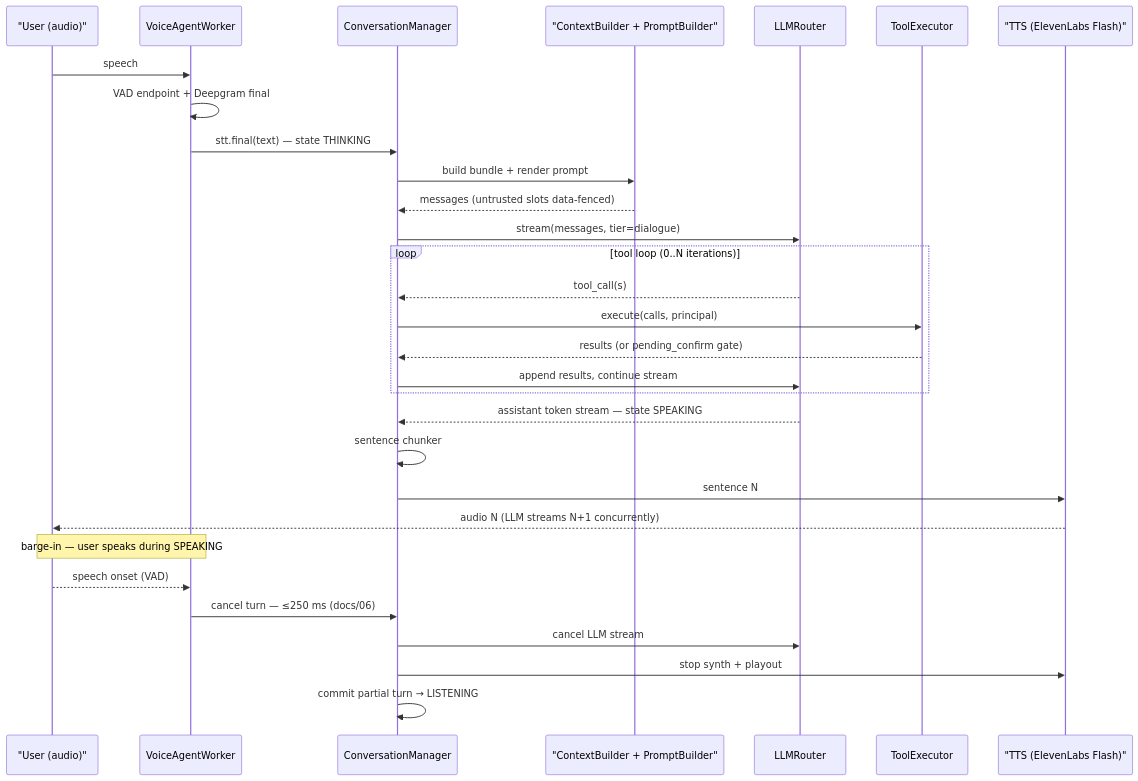
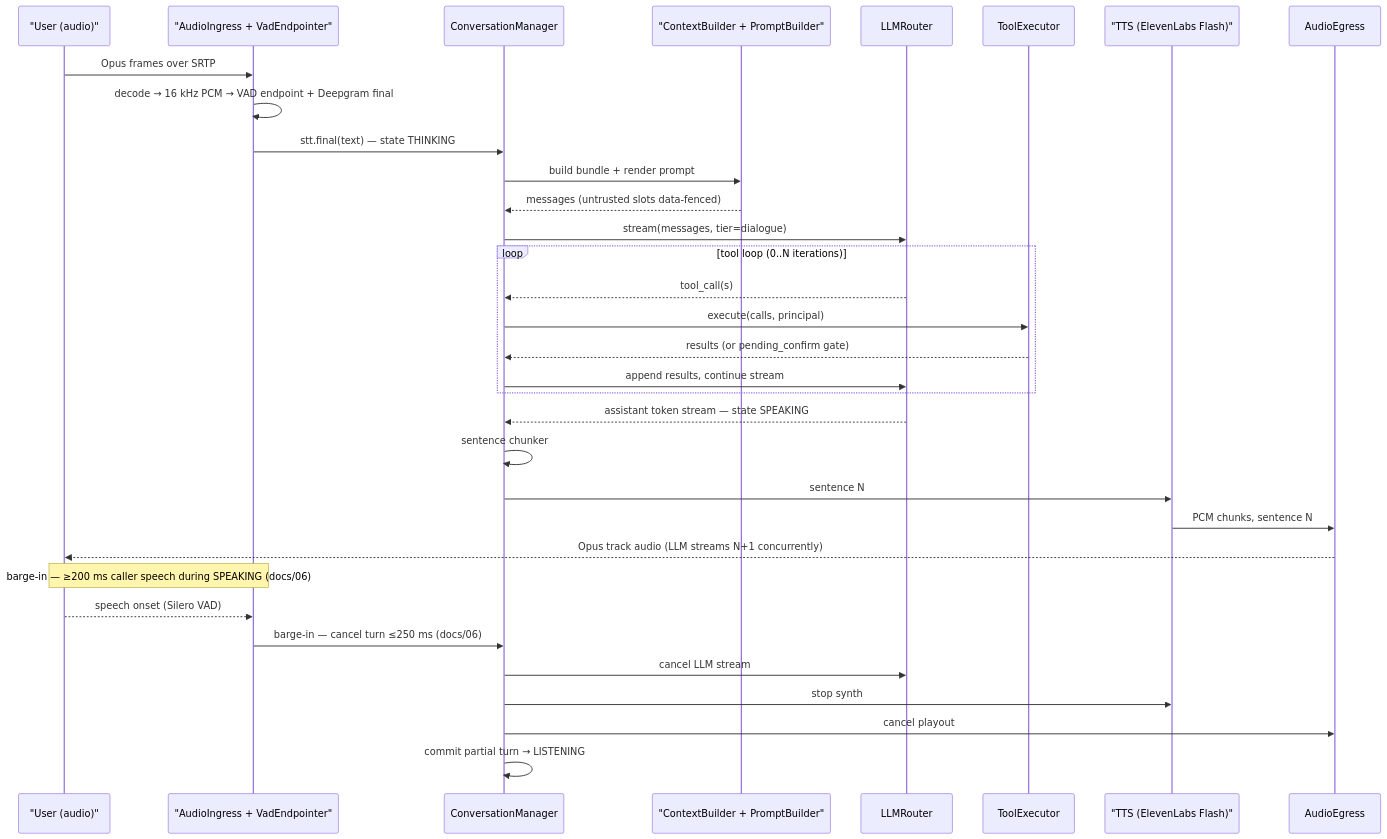
Before and after one commit to bibekanandan892/vyaparpay-voice-agent: the second of 4 diagrams in docs/05-agent-architecture.md, drawn with Mermaid. The commit also changed other lines of this file and 22 other files, not shown here.

````diff
--- a/docs/05-agent-architecture.md
+++ b/docs/05-agent-architecture.md
@@ -82,32 +82,35 @@
 ```mermaid
 sequenceDiagram
     participant U as "User (audio)"
-    participant VAW as VoiceAgentWorker
+    participant AI as "AudioIngress + VadEndpointer"
     participant CM as ConversationManager
     participant CB as "ContextBuilder + PromptBuilder"
     participant RT as LLMRouter
     participant TE as ToolExecutor
     participant TTS as "TTS (ElevenLabs Flash)"
-    U->>VAW: speech
-    VAW->>VAW: VAD endpoint + Deepgram final
-    VAW->>CM: stt.final(text) — state THINKING
+    participant AE as AudioEgress
+    U->>AI: Opus frames over SRTP
+    AI->>AI: decode → 16 kHz PCM → VAD endpoint + Deepgram final
+    AI->>CM: stt.final(text) — state THINKING
     CM->>CB: build bundle + render prompt
     CB-->>CM: messages (untrusted slots data-fenced)
     CM->>RT: stream(messages, tier=dialogue)
     loop tool loop (0..N iterations)
         RT-->>CM: tool_call(s)
         CM->>TE: execute(calls, principal)
         TE-->>CM: results (or pending_confirm gate)
         CM->>RT: append results, continue stream
     end
     RT-->>CM: assistant token stream — state SPEAKING
     CM->>CM: sentence chunker
     CM->>TTS: sentence N
-    TTS-->>U: audio N (LLM streams N+1 concurrently)
-    Note over U,VAW: barge-in — user speaks during SPEAKING
-    U-->>VAW: speech onset (VAD)
-    VAW->>CM: cancel turn — ≤250 ms (docs/06)
+    TTS->>AE: PCM chunks, sentence N
+    AE-->>U: Opus track audio (LLM streams N+1 concurrently)
+    Note over U,AI: barge-in — ≥200 ms caller speech during SPEAKING (docs/06)
+    U-->>AI: speech onset (Silero VAD)
+    AI->>CM: barge-in — cancel turn ≤250 ms (docs/06)
     CM->>RT: cancel LLM stream
-    CM->>TTS: stop synth + playout
+    CM->>TTS: stop synth
+    CM->>AE: cancel playout
     CM->>CM: commit partial turn → LISTENING
 ```
````
